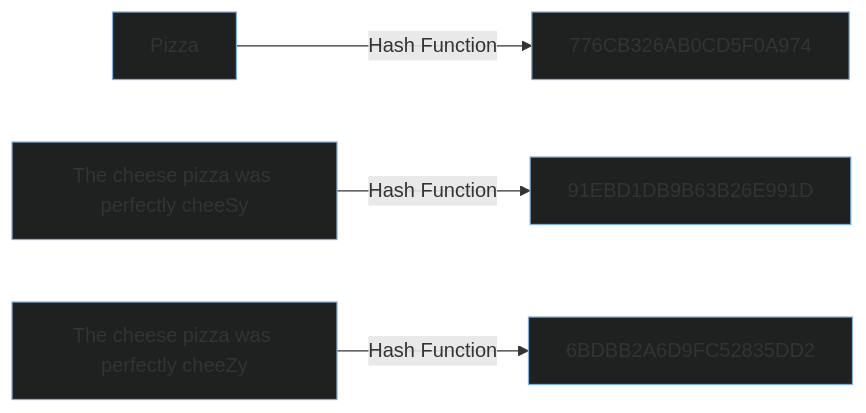
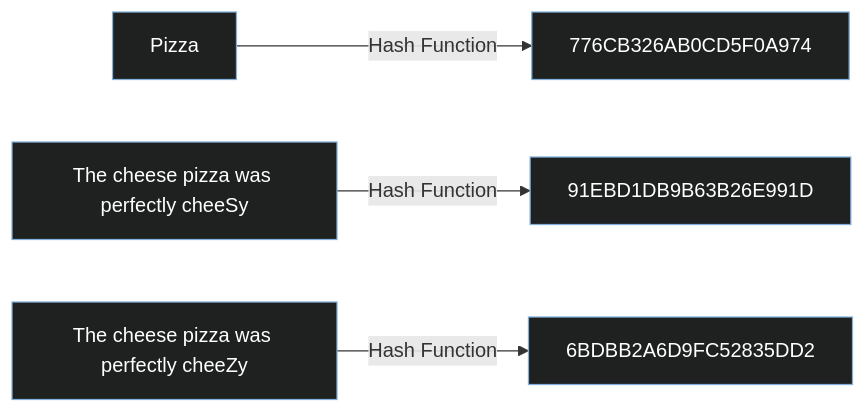
The diagram in README.md (anieldev/demonet), drawn with Mermaid before and after one commit.

````diff
--- a/README.md
+++ b/README.md
@@ -7,15 +7,15 @@
 ```mermaid
 graph LR
 A[Pizza] -- Hash Function --> B[776CB326AB0CD5F0A974]
 E[The cheese pizza was perfectly cheeSy ] -- Hash Function --> F[91EBD1DB9B63B26E991D]
 C[The cheese pizza was perfectly cheeZy ] -- Hash Function --> D[6BDBB2A6D9FC52835DD2]
 
 
-style A fill:#1f2020,stroke:#81B1DB,stroke-width:1px
-style B fill:#1f2020,stroke:#81B1DB,stroke-width:1px
-style C fill:#1f2020,stroke:#81B1DB,stroke-width:1px
-style D fill:#1f2020,stroke:#81B1DB,stroke-width:1px
-style E fill:#1f2020,stroke:#81B1DB,stroke-width:1px
-style F fill:#1f2020,stroke:#81B1DB,stroke-width:1px
+style A fill:#1f2020,stroke:#81B1DB,stroke-width:1px,color:#FFFFFF
+style B fill:#1f2020,stroke:#81B1DB,stroke-width:1px,color:#FFFFFF
+style C fill:#1f2020,stroke:#81B1DB,stroke-width:1px,color:#FFFFFF
+style D fill:#1f2020,stroke:#81B1DB,stroke-width:1px,color:#FFFFFF
+style E fill:#1f2020,stroke:#81B1DB,stroke-width:1px,color:#FFFFFF
+style F fill:#1f2020,stroke:#81B1DB,stroke-width:1px,color:#FFFFFF
 
 ```
````
